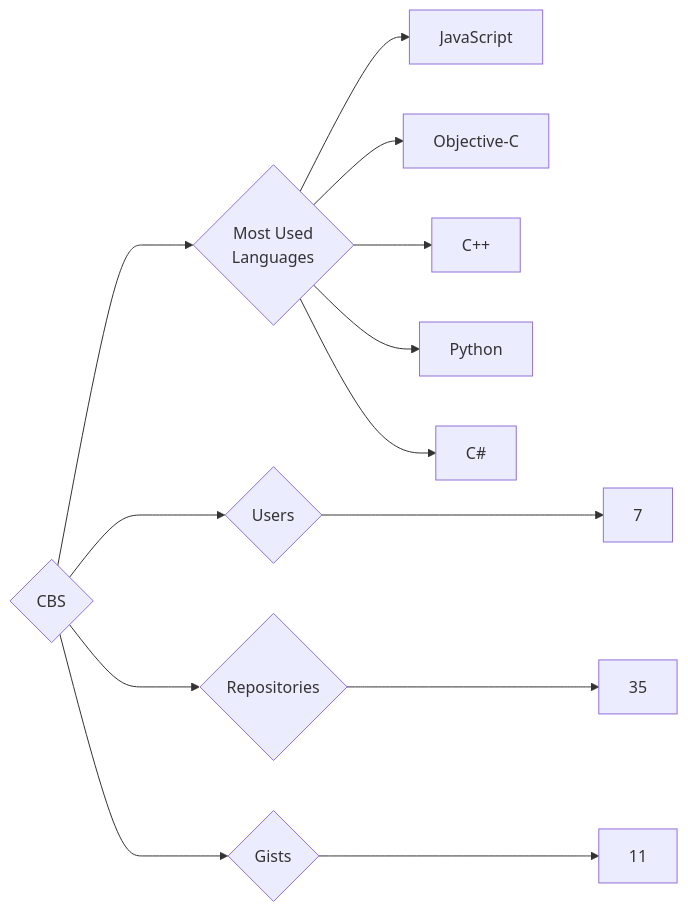
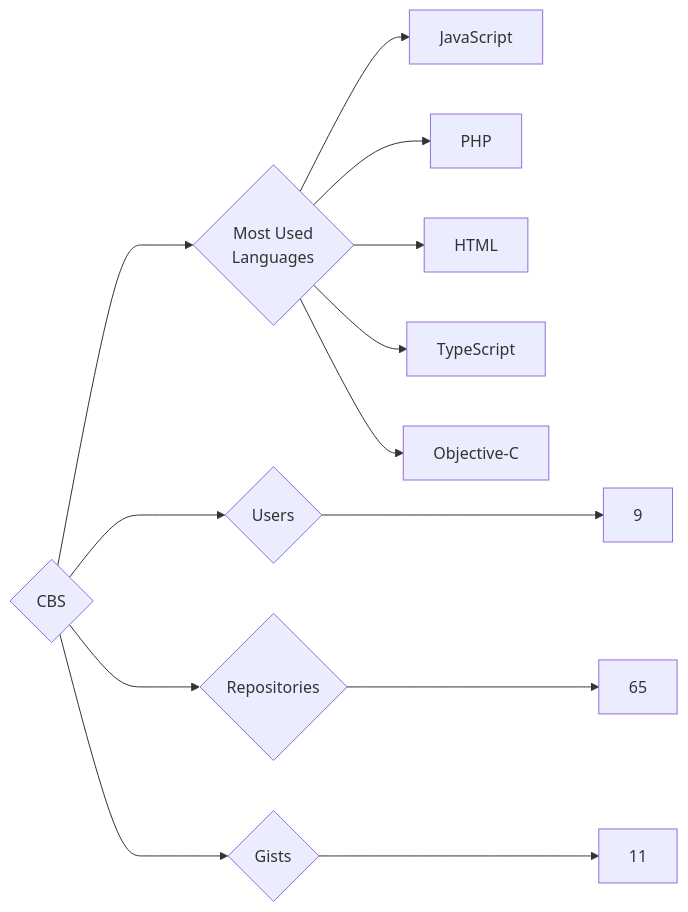
One commit to trickest/insiders changed the diagram in targets/CBS/README.md. Above: the diagram before and after it, drawn with Mermaid. The commit also changed 1007 other files, not shown here.

````diff
--- a/targets/CBS/README.md
+++ b/targets/CBS/README.md
@@ -3,13 +3,13 @@
 ```mermaid
 graph LR
 COMPANY_NAME{CBS}
-COMPANY_NAME ---> U{Users} ---> UN[7]
-COMPANY_NAME ---> R{Repositories} ---> RN[35]
+COMPANY_NAME ---> U{Users} ---> UN[9]
+COMPANY_NAME ---> R{Repositories} ---> RN[65]
 COMPANY_NAME ---> G{Gists} ---> GN[11]
 COMPANY_NAME ---> ML{Most Used<br>Languages}
 ML --> JavaScript[JavaScript]
+ML --> PHP[PHP]
+ML --> HTML[HTML]
+ML --> TypeScript[TypeScript]
 ML --> Objective-C[Objective-C]
-ML --> C++[C++]
-ML --> Python[Python]
-ML --> C#[C#]
 ```
````
